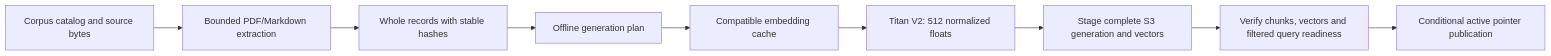
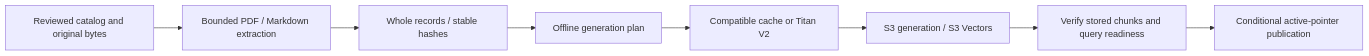
Before and after one commit to yukangzhen/restaurant-finder: the diagram in docs/DOCUMENT_RAG.md, drawn with Mermaid. The commit also changed other lines of this file and 15 other files, not shown here.

````diff
--- a/docs/DOCUMENT_RAG.md
+++ b/docs/DOCUMENT_RAG.md
@@ -70,11 +13,10 @@
 ```mermaid
 flowchart LR
-  Catalog[Corpus catalog and source bytes] --> Parse[Bounded PDF/Markdown extraction]
-  Parse --> Chunk[Whole records with stable hashes]
-  Chunk --> Plan[Offline generation plan]
-  Plan --> Cache[Compatible embedding cache]
-  Cache --> Titan[Titan V2: 512 normalized floats]
-  Titan --> Stage[Stage complete S3 generation and vectors]
-  Stage --> Verify[Verify chunks, vectors and filtered query readiness]
-  Verify --> Pointer[Conditional active pointer publication]
+    Source[Reviewed catalog and original bytes] --> Extract[Bounded PDF / Markdown extraction]
+    Extract --> Chunk[Whole records / stable hashes]
+    Chunk --> Plan[Offline generation plan]
+    Plan --> Embed[Compatible cache or Titan V2]
+    Embed --> Stage[S3 generation / S3 Vectors]
+    Stage --> Verify[Verify stored chunks and query readiness]
+    Verify --> Active[Conditional active-pointer publication]
 ```
````
